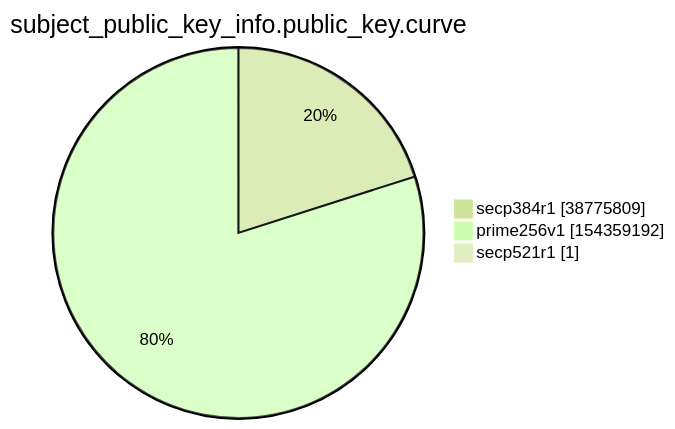
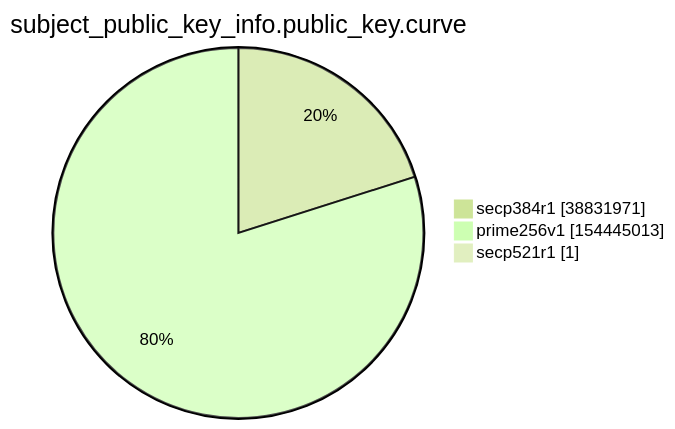
One commit to christiankrug/ctmonitor_visualization changed the ninth of 15 diagrams in xenon2022/README.md. Above: the diagram before and after it, drawn with Mermaid (forest theme). The commit also changed other lines of this file, not shown here.

````diff
--- a/xenon2022/README.md
+++ b/xenon2022/README.md
@@ -2863,7 +2863,7 @@
 ```mermaid
 pie showData
 title subject_public_key_info.public_key.curve
-"secp384r1" :38775809
-"prime256v1" :154359192
+"secp384r1" :38831971
+"prime256v1" :154445013
 "secp521r1" :1
 ```
````
